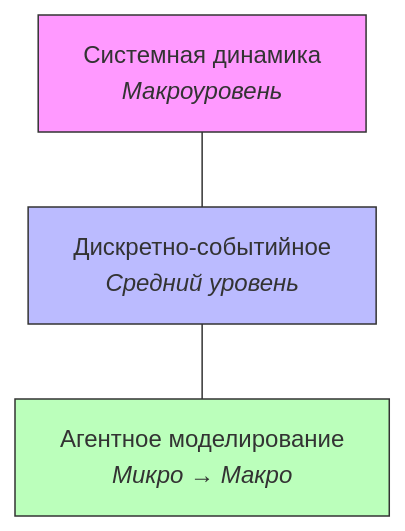
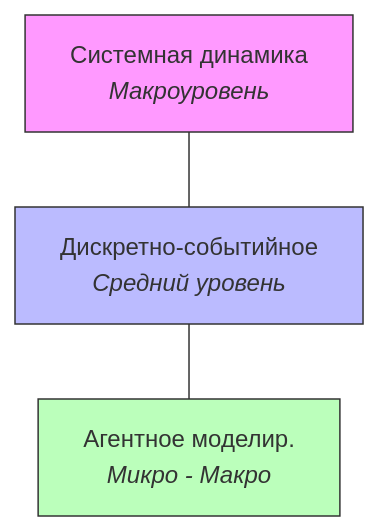
Before and after one commit to stareeg/simulation-modeling-notes: the third of 3 diagrams in docs/03-agent-based.md, drawn with Mermaid. The commit also changed other lines of this file and 14 other files, not shown here.

````diff
--- a/docs/03-agent-based.md
+++ b/docs/03-agent-based.md
@@ -117,12 +127,12 @@
 ```mermaid
 graph TD
     SD["Системная динамика<br/><i>Макроуровень</i>"]
     DES["Дискретно-событийное<br/><i>Средний уровень</i>"]
-    ABM["Агентное моделирование<br/><i>Микро → Макро</i>"]
+    ABM["Агентное моделир.<br/><i>Микро - Макро</i>"]
 
     SD --- DES --- ABM
 
     style SD fill:#f9f,stroke:#333
     style DES fill:#bbf,stroke:#333
     style ABM fill:#bfb,stroke:#333
 ```
````
